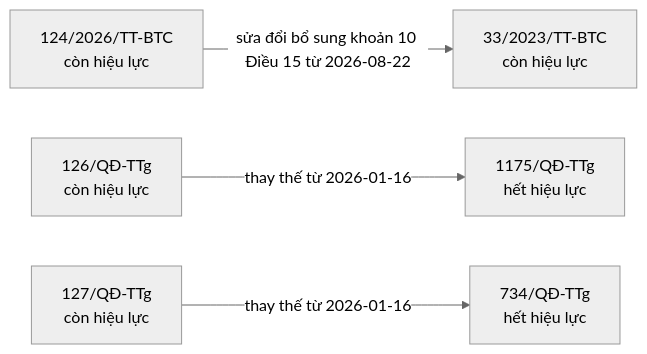
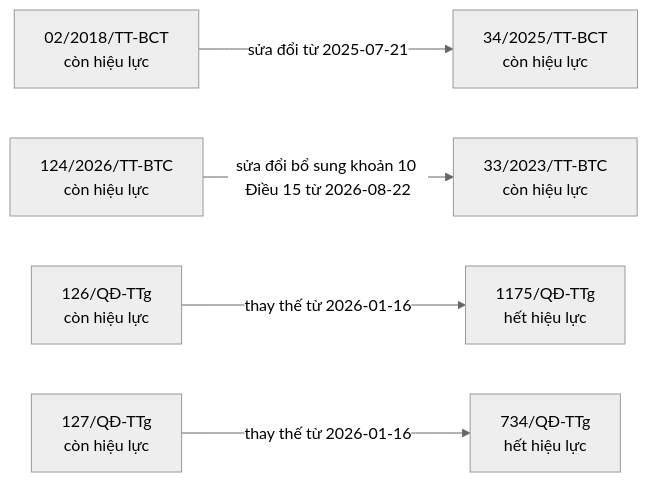
Before and after one commit to ozvietnam/oz-wiki-plhq: the ninth of 9 diagrams in bao-cao/quan-he.md, drawn with Mermaid (neutral theme). The commit also changed other lines of this file and 45 other files, not shown here.

````diff
--- a/bao-cao/quan-he.md
+++ b/bao-cao/quan-he.md
@@ -439,12 +450,15 @@
 ```mermaid
 flowchart LR
+  n_02_2018_TT_BCT["02/2018/TT-BCT<br/>còn hiệu lực"]
+  n_34_2025_TT_BCT["34/2025/TT-BCT<br/>còn hiệu lực"]
   n_124_2026_TT_BTC["124/2026/TT-BTC<br/>còn hiệu lực"]
   n_33_2023_TT_BTC["33/2023/TT-BTC<br/>còn hiệu lực"]
   n_126_Q__TTg["126/QĐ-TTg<br/>còn hiệu lực"]
   n_1175_Q__TTg["1175/QĐ-TTg<br/>hết hiệu lực"]
   n_127_Q__TTg["127/QĐ-TTg<br/>còn hiệu lực"]
   n_734_Q__TTg["734/QĐ-TTg<br/>hết hiệu lực"]
+  n_02_2018_TT_BCT -->|sửa đổi từ 2025-07-21| n_34_2025_TT_BCT
   n_124_2026_TT_BTC -->|sửa đổi bổ sung khoản 10 Điều 15 từ 2026-08-22| n_33_2023_TT_BTC
   n_126_Q__TTg -->|thay thế từ 2026-01-16| n_1175_Q__TTg
   n_127_Q__TTg -->|thay thế từ 2026-01-16| n_734_Q__TTg
 ```
````
